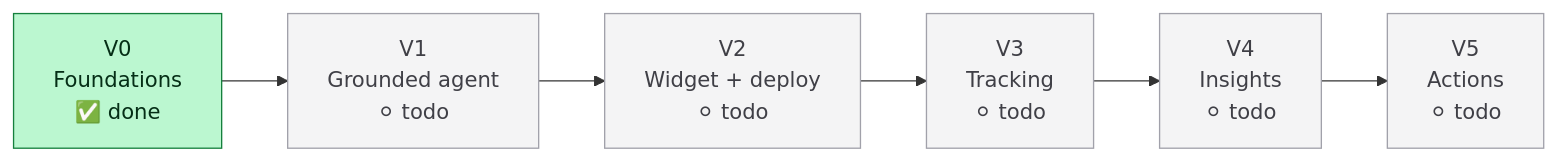
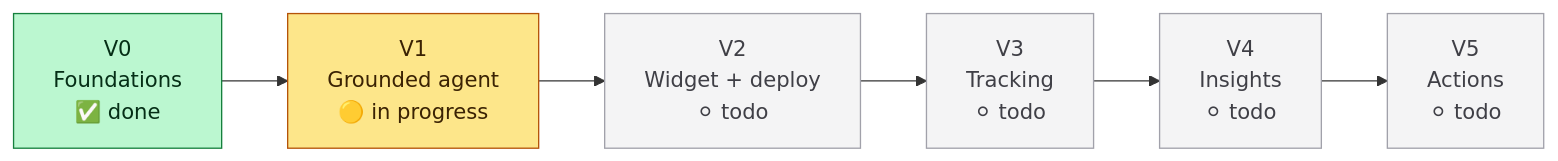
One commit to siwar224/portfolio-agent changed the second of 2 diagrams in ROADMAP.md. Above: the diagram before and after it, drawn with Mermaid. The commit also changed other lines of this file and 12 other files, not shown here.

````diff
--- a/ROADMAP.md
+++ b/ROADMAP.md
@@ -82,8 +82,8 @@
 ```mermaid
 flowchart LR
-    V0["V0<br/>Foundations<br/>✅ done"]:::done --> V1["V1<br/>Grounded agent<br/>⚪ todo"]:::todo --> V2["V2<br/>Widget + deploy<br/>⚪ todo"]:::todo --> V3["V3<br/>Tracking<br/>⚪ todo"]:::todo --> V4["V4<br/>Insights<br/>⚪ todo"]:::todo --> V5["V5<br/>Actions<br/>⚪ todo"]:::todo
+    V0["V0<br/>Foundations<br/>✅ done"]:::done --> V1["V1<br/>Grounded agent<br/>🟡 in progress"]:::doing --> V2["V2<br/>Widget + deploy<br/>⚪ todo"]:::todo --> V3["V3<br/>Tracking<br/>⚪ todo"]:::todo --> V4["V4<br/>Insights<br/>⚪ todo"]:::todo --> V5["V5<br/>Actions<br/>⚪ todo"]:::todo
 
     classDef done fill:#bbf7d0,stroke:#15803d,color:#052e16
     classDef doing fill:#fde68a,stroke:#b45309,color:#3a2203
     classDef todo fill:#f4f4f5,stroke:#a1a1aa,color:#3f3f46
 ```
````
